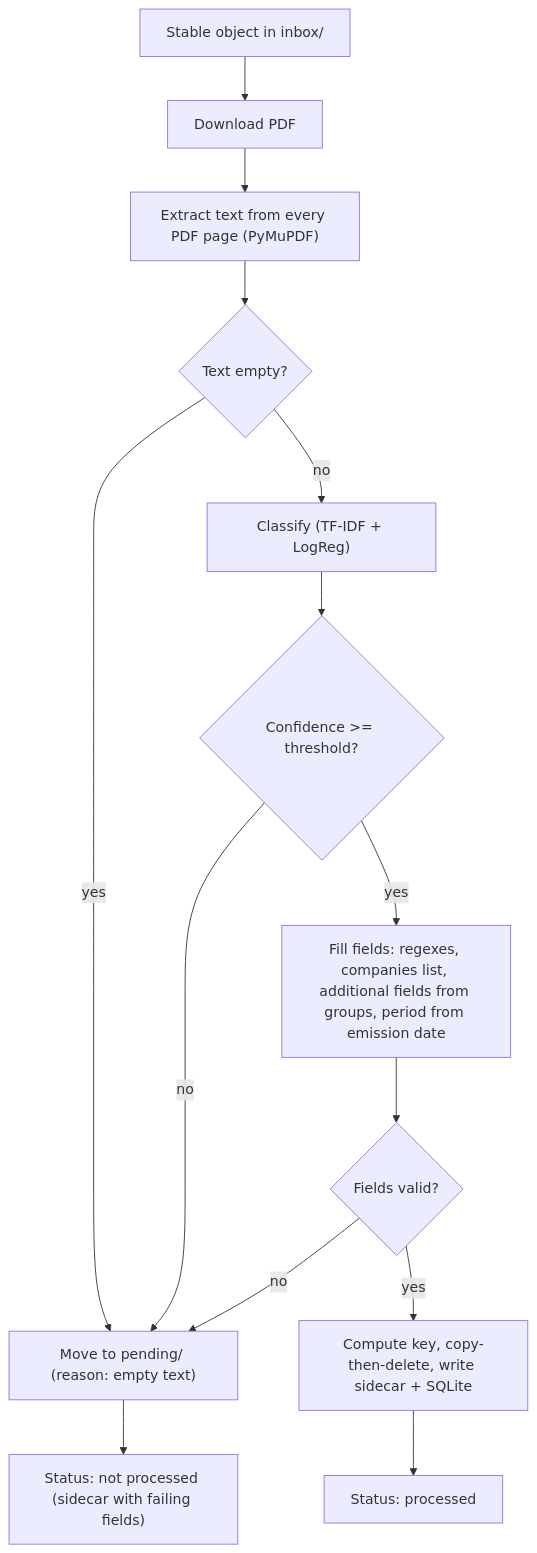
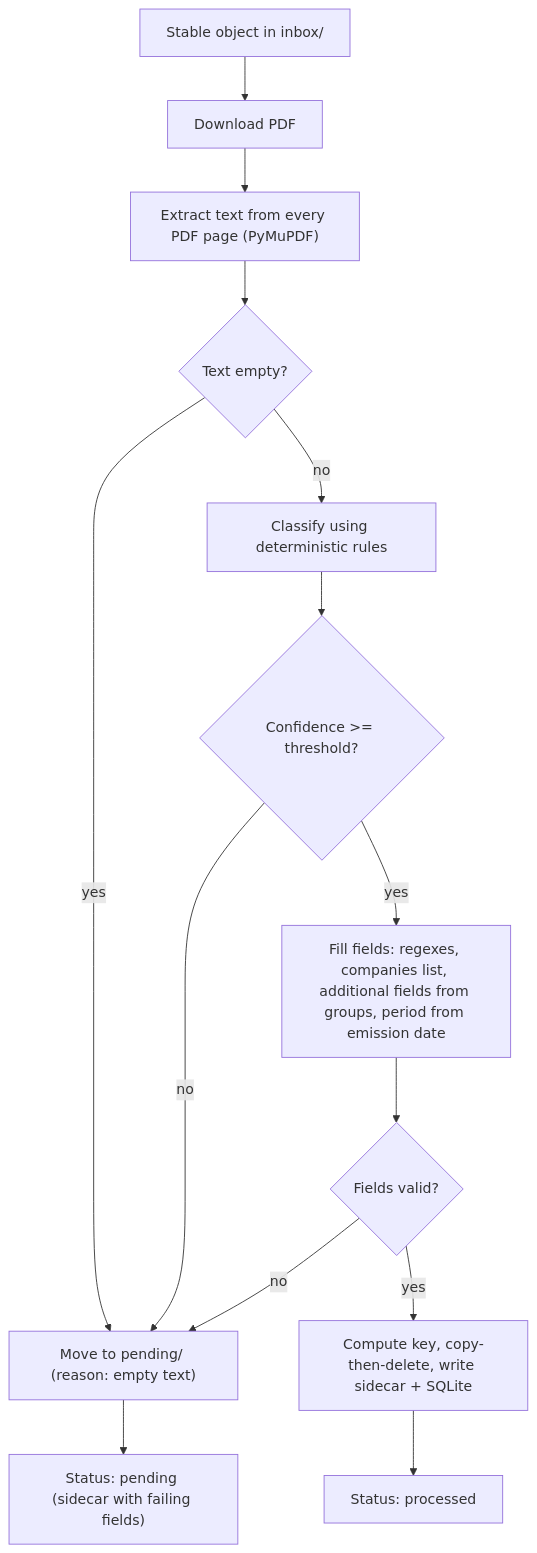
The second of 3 diagrams in automatic-pdf-renamer/arch.md (napnap75/multiarch-docker-images), drawn with Mermaid before and after one commit. The commit also changed other lines of this file, not shown here.

Commit message:
docs(automatic-pdf-renamer): align deterministic v1 and pending status

````diff
--- a/automatic-pdf-renamer/arch.md
+++ b/automatic-pdf-renamer/arch.md
@@ -100,16 +100,16 @@
 ```mermaid
 flowchart TD
   in["Stable object in inbox/"] --> dl["Download PDF"]
   dl --> tx["Extract text from every PDF page (PyMuPDF)"]
   tx --> empty{"Text empty?"}
   empty -- yes --> pending["Move to pending/ (reason: empty text)"]
-  empty -- no --> cls["Classify (TF-IDF + LogReg)"]
+  empty -- no --> cls["Classify using deterministic rules"]
   cls --> conf{"Confidence >= threshold?"}
   conf -- no --> pending
   conf -- yes --> fill["Fill fields: regexes, companies list, additional fields from groups, period from emission date"]
   fill --> valid{"Fields valid?"}
   valid -- no --> pending
   valid -- yes --> rename["Compute key, copy-then-delete, write sidecar + SQLite"]
   rename --> done["Status: processed"]
-  pending --> wait["Status: not processed (sidecar with failing fields)"]
+  pending --> wait["Status: pending (sidecar with failing fields)"]
 ```
````
